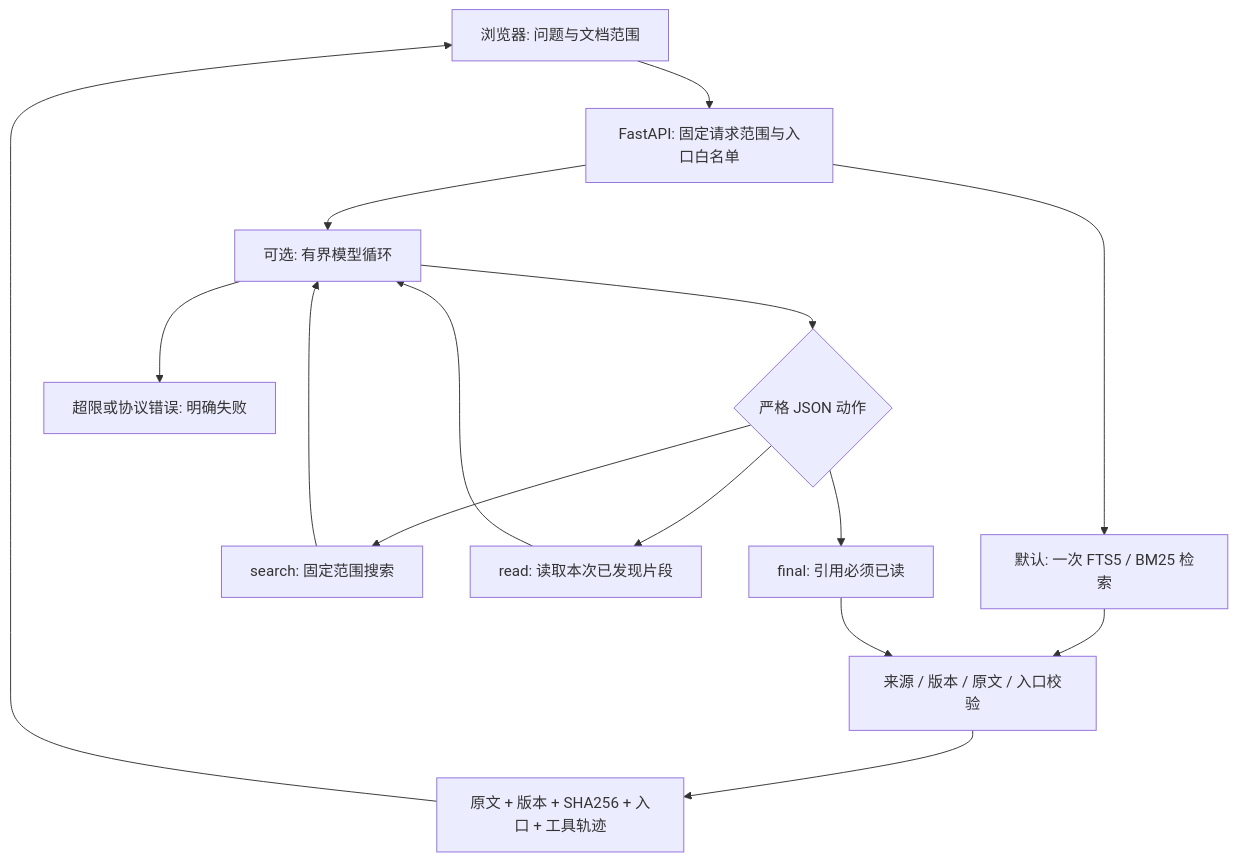
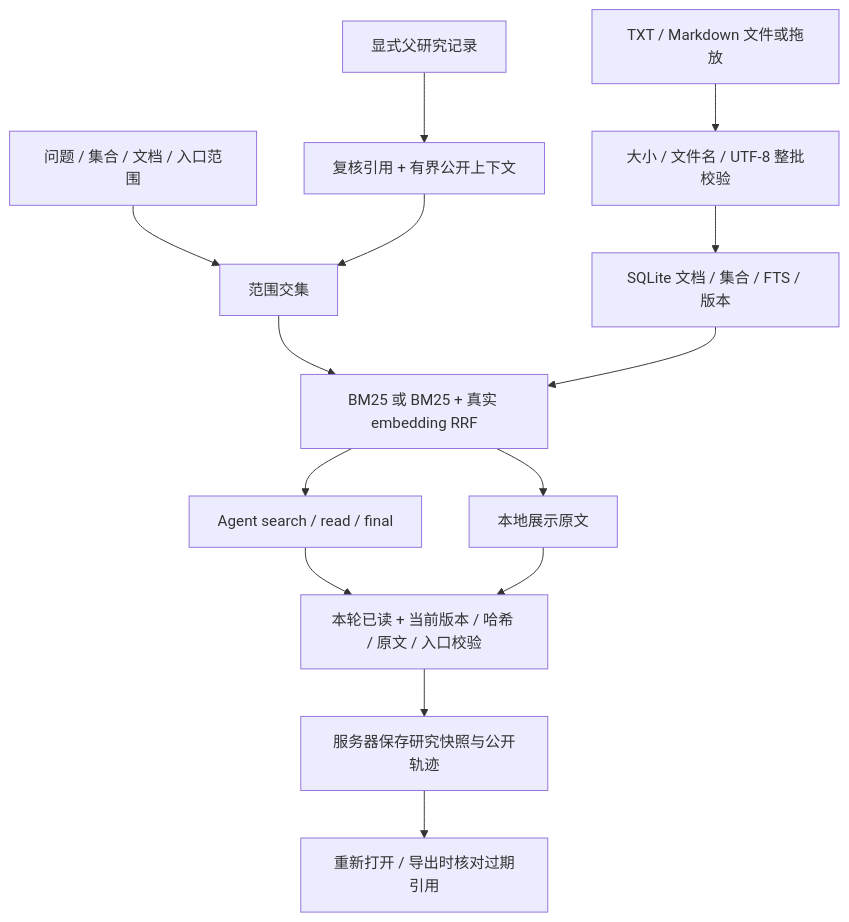
One commit to zhyzx35607/knowledge-navigator-agent changed the diagram in docs/architecture.md. Above: the diagram before and after it, drawn with Mermaid. The commit also changed other lines of this file and 26 other files, not shown here.

````diff
--- a/docs/architecture.md
+++ b/docs/architecture.md
@@ -3,17 +3,16 @@
 ```mermaid
 flowchart TD
-  UI[浏览器: 问题与文档范围] --> Scope[FastAPI: 固定请求范围与入口白名单]
-  Scope --> Local[默认: 一次 FTS5 / BM25 检索]
-  Scope --> Agent[可选: 有界模型循环]
-  Agent --> Decision{严格 JSON 动作}
-  Decision --> Search[search: 固定范围搜索]
-  Search --> Agent
-  Decision --> Read[read: 读取本次已发现片段]
-  Read --> Agent
-  Decision --> Final[final: 引用必须已读]
-  Local --> Gate[来源 / 版本 / 原文 / 入口校验]
-  Final --> Gate
-  Gate --> Result[原文 + 版本 + SHA256 + 入口 + 工具轨迹]
-  Result --> UI
-  Agent --> Limit[超限或协议错误: 明确失败]
+  Import[TXT / Markdown 文件或拖放] --> Decode[大小 / 文件名 / UTF-8 整批校验]
+  Decode --> DB[SQLite 文档 / 集合 / FTS / 版本]
+  UI[问题 / 集合 / 文档 / 入口范围] --> Scope[范围交集]
+  Parent[显式父研究记录] --> Fresh[复核引用 + 有界公开上下文]
+  Fresh --> Scope
+  Scope --> Retrieve[BM25 或 BM25 + 真实 embedding RRF]
+  DB --> Retrieve
+  Retrieve --> Local[本地展示原文]
+  Retrieve --> Agent[Agent search / read / final]
+  Agent --> Gate[本轮已读 + 当前版本 / 哈希 / 原文 / 入口校验]
+  Local --> Gate
+  Gate --> Record[服务器保存研究快照与公开轨迹]
+  Record --> Recheck[重新打开 / 导出时核对过期引用]
 ```
````
